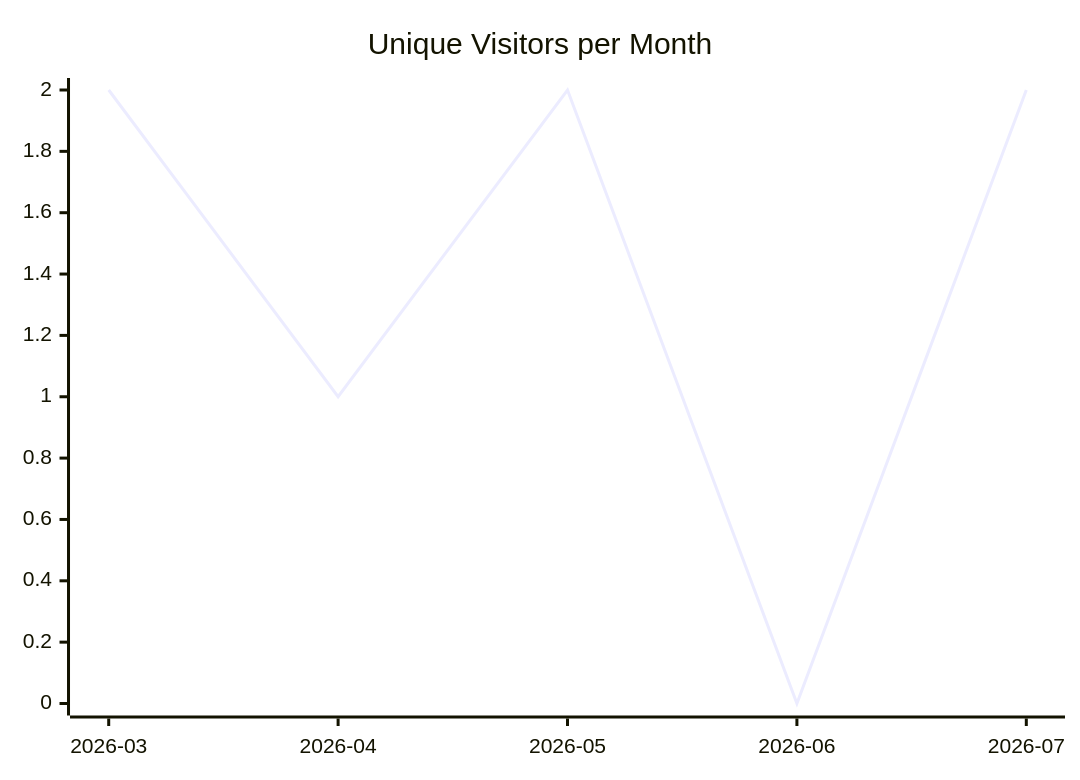
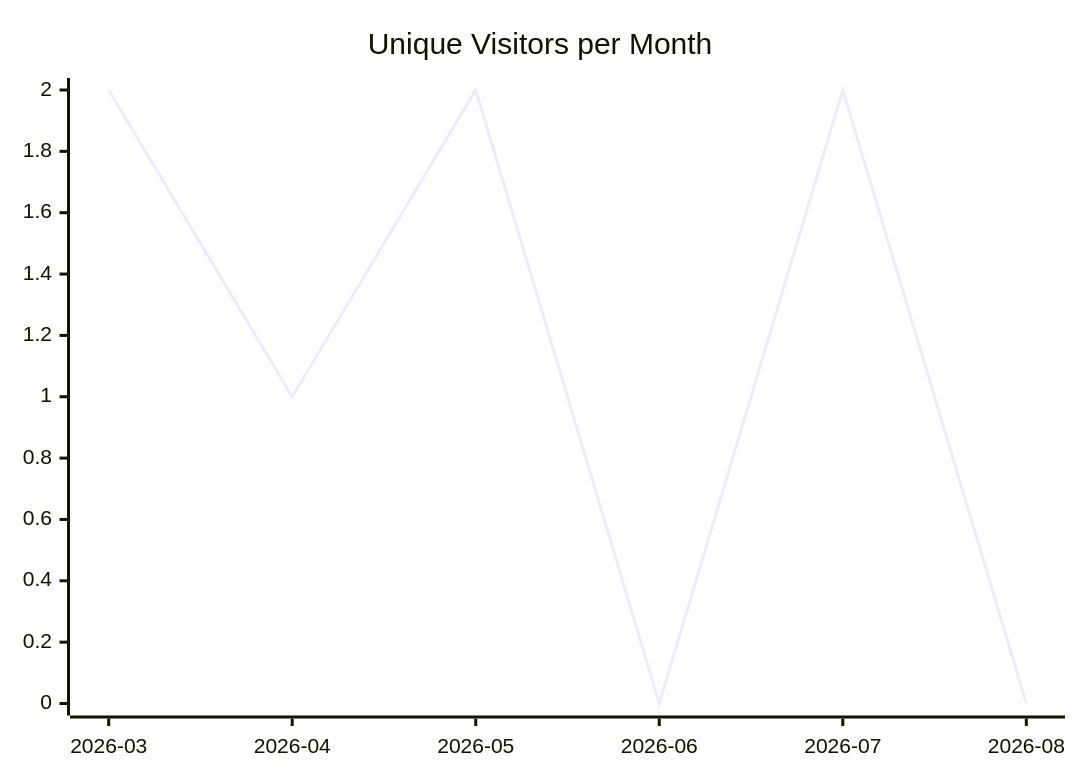
One commit to justdavis-family/github-analytics-data changed the first of 3 diagrams in karlmdavis/kxml2/README.md. Above: the diagram before and after it, drawn with Mermaid. The commit also changed other lines of this file and 180 other files, not shown here.

````diff
--- a/karlmdavis/kxml2/README.md
+++ b/karlmdavis/kxml2/README.md
@@ -5,6 +5,6 @@
 ```mermaid
 xychart-beta
   title "Unique Visitors per Month"
-  x-axis ["2026-03", "2026-04", "2026-05", "2026-06", "2026-07"]
-  line [2, 1, 2, 0, 2]
+  x-axis ["2026-03", "2026-04", "2026-05", "2026-06", "2026-07", "2026-08"]
+  line [2, 1, 2, 0, 2, 0]
 ```
````
